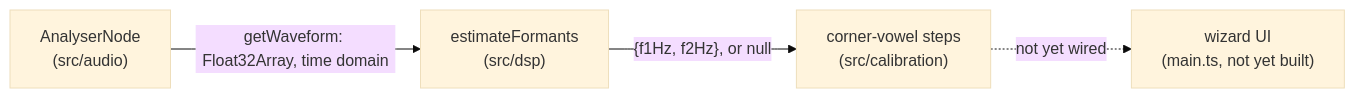
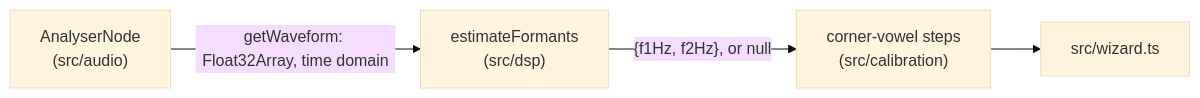
The first of 2 diagrams in docs/formant-extraction.md (lvndrpup/voice-trainer), drawn with Mermaid (base theme) before and after one commit. The commit also changed other lines of this file and 13 other files, not shown here.

````diff
--- a/docs/formant-extraction.md
+++ b/docs/formant-extraction.md
@@ -15,6 +13,6 @@
 ```mermaid
 graph LR
     AN["AnalyserNode<br/>(src/audio)"] -->|getWaveform: Float32Array, time domain| DSP["estimateFormants<br/>(src/dsp)"]
     DSP -->|"{f1Hz, f2Hz}, or null"| CAL["corner-vowel steps<br/>(src/calibration)"]
-    CAL -.->|not yet wired| UI["wizard UI<br/>(main.ts, not yet built)"]
+    CAL --> WIZ["src/wizard.ts"]
 ```
````
